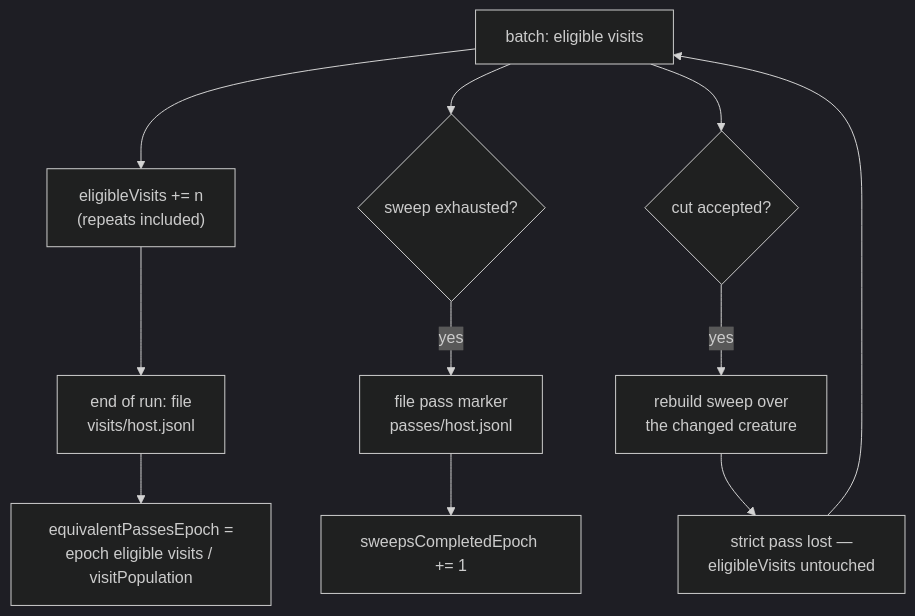
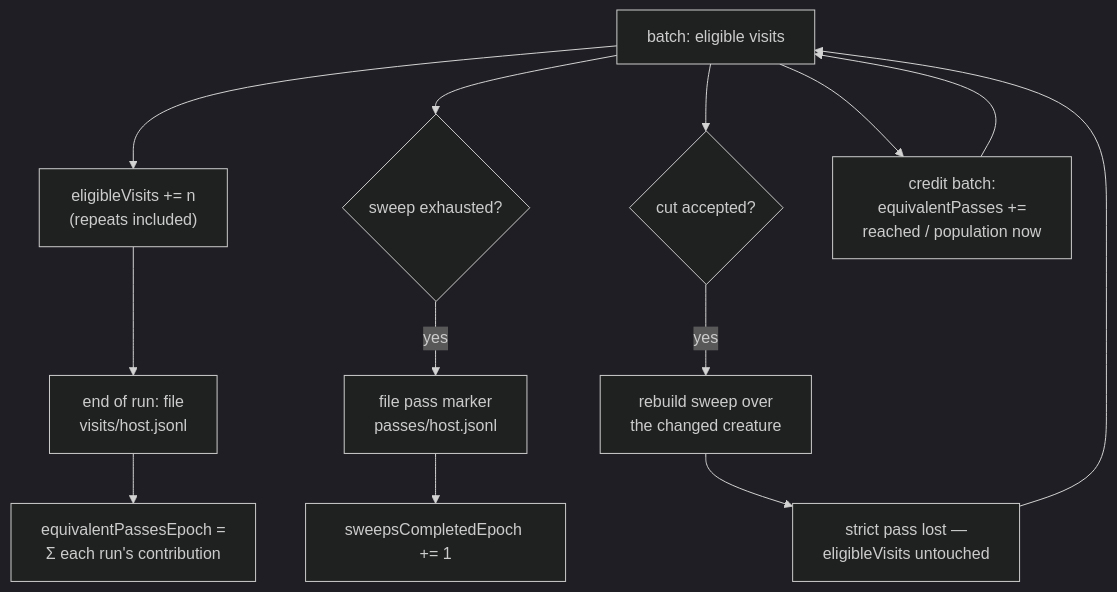
Diagram 11 of 22 in README.md (stSoftwareAU/NEAT-AI-Ockham), drawn with Mermaid (dark theme) before and after one commit. The commit also changed other lines of this file and 8 other files, not shown here.

First line of the commit message:
Credit equivalent passes against the creature of the day (Issue #153)

````diff
--- a/README.md
+++ b/README.md
@@ -1298,13 +1318,15 @@
 ```mermaid
 flowchart TD
     B["batch: eligible visits"] --> L["eligibleVisits += n<br/>(repeats included)"]
     B --> E{"sweep exhausted?"}
     E -->|yes| M["file pass marker<br/>passes/host.jsonl"]
     M --> C["sweepsCompletedEpoch += 1"]
     B --> A{"cut accepted?"}
     A -->|yes| RB["rebuild sweep over<br/>the changed creature"]
     RB --> X["strict pass lost —<br/>eligibleVisits untouched"]
     X --> B
+    B --> P["credit batch:<br/>equivalentPasses +=<br/>reached / population now"]
+    P --> B
     L --> F["end of run: file<br/>visits/host.jsonl"]
-    F --> Q["equivalentPassesEpoch =<br/>epoch eligible visits / visitPopulation"]
+    F --> Q["equivalentPassesEpoch =<br/>Σ each run's contribution"]
 ```
````
